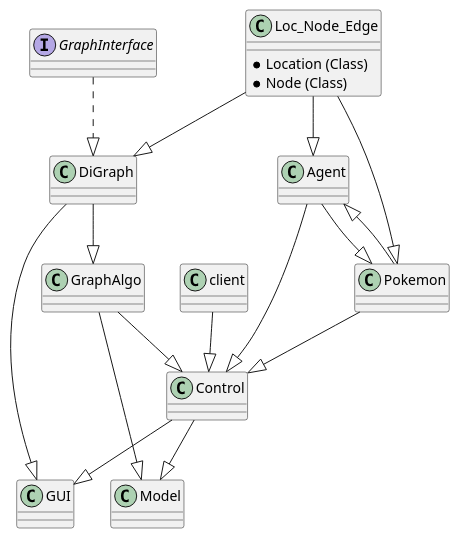
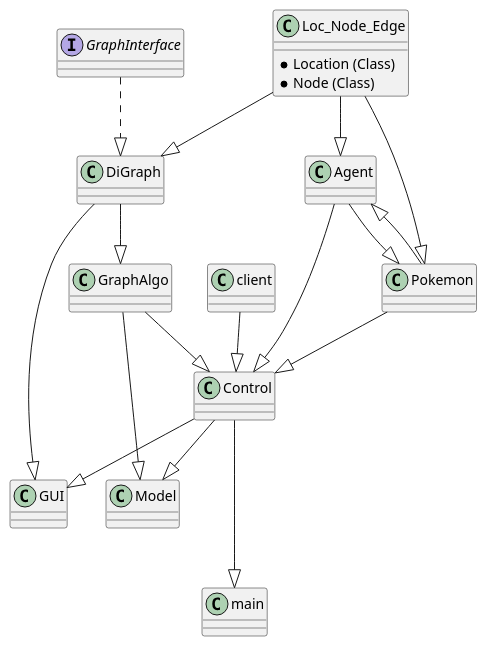
The diagram in diagram.puml (haimgoldfisher/OOP_Ex4), drawn with PlantUML before and after one commit. The commit also changed 4 other files, not shown here.

```diff
--- a/diagram.puml
+++ b/diagram.puml
@@ -1,75 +1,83 @@
 @startuml
 'https://plantuml.com/sequence-diagram
 
 class Loc_Node_Edge
 {
     * Location (Class)
     * Node (Class)
 }
 
 interface GraphInterface
 {
 
 }
 
 class DiGraph
 {
 
 }
 
 class GraphAlgo
 {
 
 }
 
 class Agent
 {
 
 }
 
 class Pokemon
 {
 
 }
 
 class Model
 {
 
 }
 
 class Control
 {
 
 }
 
 class GUI
 {
 
 }
 
 class client
 {
 
 }
 
+class main
+{
+
+}
+
 Loc_Node_Edge --|> DiGraph
 GraphInterface ..|> DiGraph
 DiGraph --|> GraphAlgo
 
 DiGraph --|> GUI
 
 Loc_Node_Edge --|> Pokemon
 Loc_Node_Edge --|> Agent
 
 Pokemon --|> Agent
 Agent --|> Pokemon
 
 GraphAlgo --|> Model
 GraphAlgo --|> Control
 
 Pokemon --|> Control
 Agent --|> Control
 Control --|> GUI
 Control --|> Model
 client --|> Control
+
+Control ---|> main
+
 @enduml
```
